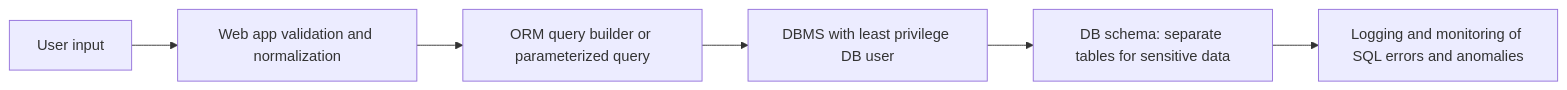
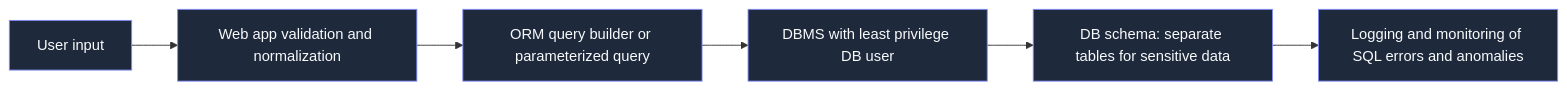
Before and after one commit to UnrealTemplier/go-textbook: the second of 2 diagrams in sources/12. Базы данных/10. Практика и архитектура/21. SQL Injection.md, drawn with Mermaid. The commit also changed other lines of this file, not shown here.

````diff
--- a/sources/12. Базы данных/10. Практика и архитектура/21. SQL Injection.md
+++ b/sources/12. Базы данных/10. Практика и архитектура/21. SQL Injection.md
@@ -192,8 +241,11 @@
 ```mermaid
 flowchart LR
-  A[User input] --> B[Web app validation and normalization]
-  B --> C[ORM query builder or parameterized query]
-  C --> D[DBMS with least privilege DB user]
-  D --> E[DB schema: separate tables for sensitive data]
-  E --> F[Logging and monitoring of SQL errors and anomalies]
+  A["User input"] --> B["Web app validation and normalization"]
+  B --> C["ORM query builder or parameterized query"]
+  C --> D["DBMS with least privilege DB user"]
+  D --> E["DB schema: separate tables for sensitive data"]
+  E --> F["Logging and monitoring of SQL errors and anomalies"]
+
+  classDef flow fill:#1e293b,stroke:#818cf8,stroke-width:1px,color:#f8fafc;
+  class A,B,C,D,E,F flow;
 ```
````
